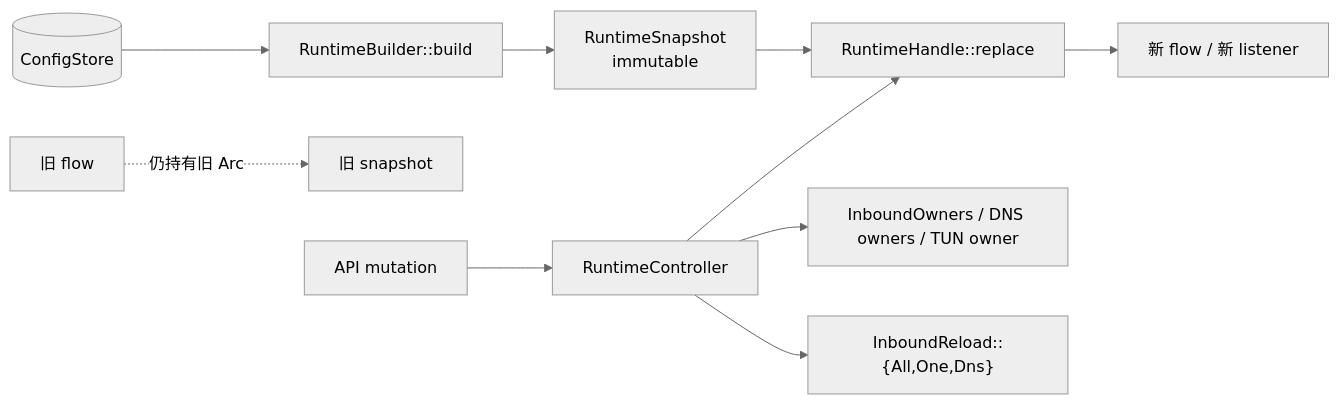
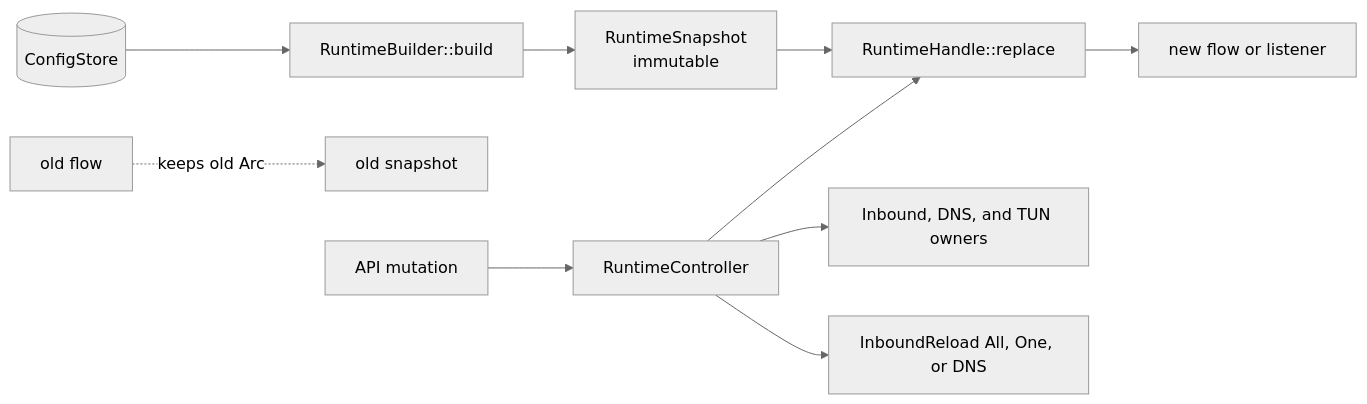
One commit to yuhaiin/doradus changed the fourth of 11 diagrams in docs/ARCHITECTURE.md. Above: the diagram before and after it, drawn with Mermaid (neutral theme). The commit also changed other lines of this file and 9 other files, not shown here.

````diff
--- a/docs/ARCHITECTURE.md
+++ b/docs/ARCHITECTURE.md
@@ -252,12 +260,12 @@
-```mermaid
+~~~mermaid
 flowchart LR
     STORE[(ConfigStore)] --> BUILDER[RuntimeBuilder::build]
     BUILDER --> SNAP[RuntimeSnapshot<br/>immutable]
     SNAP --> HANDLE[RuntimeHandle::replace]
-    HANDLE --> NEW[新 flow / 新 listener]
-    OLD[旧 flow] -.仍持有旧 Arc.-> SNAP_OLD[旧 snapshot]
+    HANDLE --> NEW[new flow or listener]
+    OLD[old flow] -.keeps old Arc.-> SNAP_OLD[old snapshot]
     CTRL[RuntimeController] --> HANDLE
-    CTRL --> OWNER[InboundOwners / DNS owners / TUN owner]
+    CTRL --> OWNER[Inbound, DNS, and TUN owners]
     EVENT[API mutation] --> CTRL
-    CTRL --> RELOAD["InboundReload::{All,One,Dns}"]
-```
+    CTRL --> RELOAD[InboundReload All, One, or DNS]
+~~~
````
